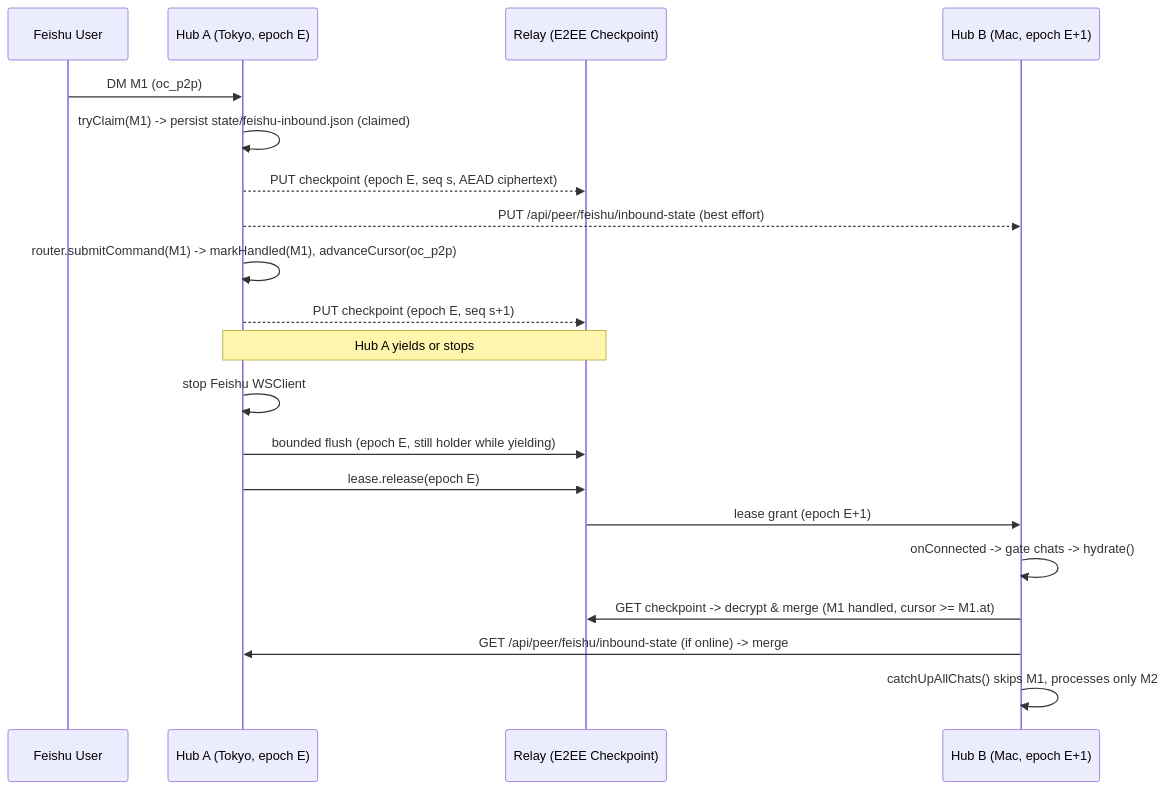
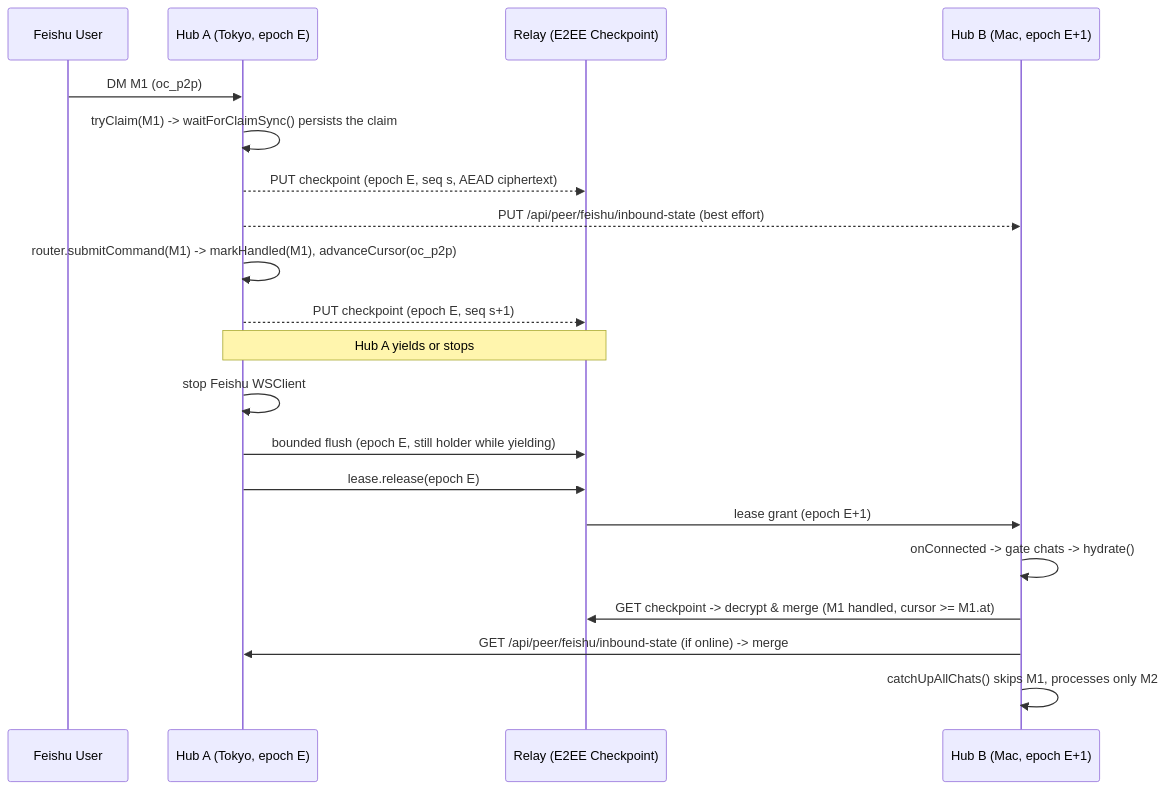
One commit to maodesikeng-boop/agent-hub changed the diagram in docs/feishu-cross-hub-dedupe-design.md. Above: the diagram before and after it, drawn with Mermaid. The commit also changed other lines of this file and 6 other files, not shown here.

````diff
--- a/docs/feishu-cross-hub-dedupe-design.md
+++ b/docs/feishu-cross-hub-dedupe-design.md
@@ -186,23 +187,23 @@
 ```mermaid
 sequenceDiagram
   participant User as Feishu User
   participant A as Hub A (Tokyo, epoch E)
   participant Relay as Relay (E2EE Checkpoint)
   participant B as Hub B (Mac, epoch E+1)
 
   User->>A: DM M1 (oc_p2p)
-  A->>A: tryClaim(M1) -> persist state/feishu-inbound.json (claimed)
+  A->>A: tryClaim(M1) -> waitForClaimSync() persists the claim
   A-->>Relay: PUT checkpoint (epoch E, seq s, AEAD ciphertext)
   A-->>B: PUT /api/peer/feishu/inbound-state (best effort)
   A->>A: router.submitCommand(M1) -> markHandled(M1), advanceCursor(oc_p2p)
   A-->>Relay: PUT checkpoint (epoch E, seq s+1)
   Note over A,Relay: Hub A yields or stops
   A->>A: stop Feishu WSClient
   A->>Relay: bounded flush (epoch E, still holder while yielding)
   A->>Relay: lease.release(epoch E)
   Relay->>B: lease grant (epoch E+1)
   B->>B: onConnected -> gate chats -> hydrate()
   B->>Relay: GET checkpoint -> decrypt & merge (M1 handled, cursor >= M1.at)
   B->>A: GET /api/peer/feishu/inbound-state (if online) -> merge
   B->>B: catchUpAllChats() skips M1, processes only M2
 ```
````
